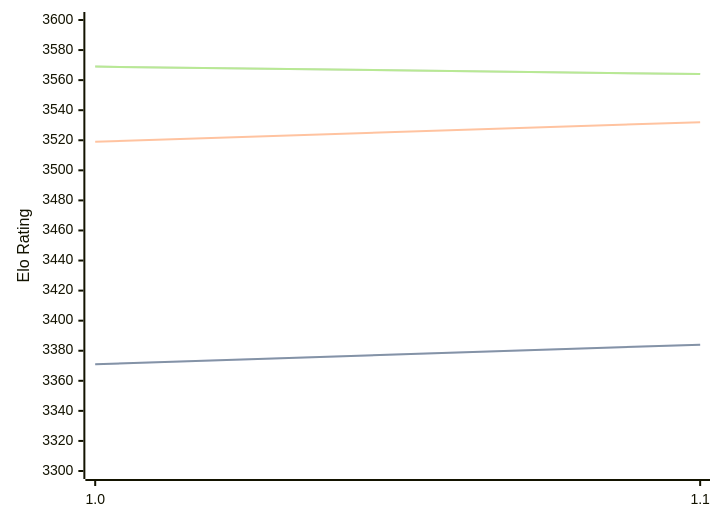
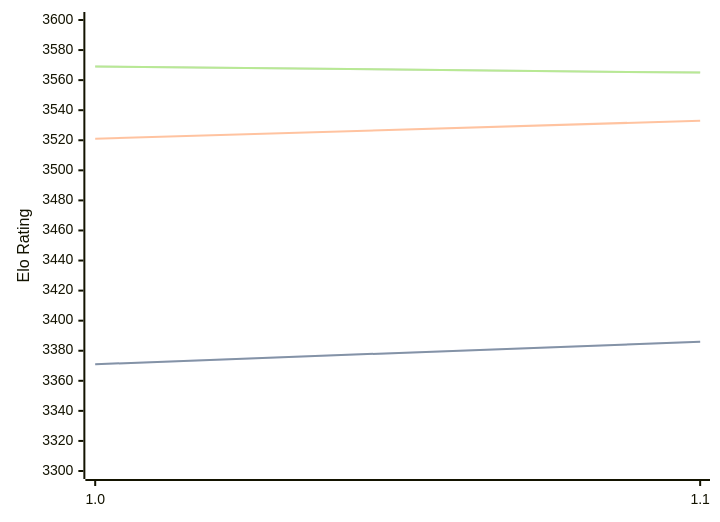
The diagram in engines/Horsie.md (computer-chess-index/cci), drawn with Mermaid before and after one commit. The commit also changed other lines of this file, not shown here.

Commit message:
Update CCI Ratings (ELO VLTC) - 2026-04-24

````diff
--- a/engines/Horsie.md
+++ b/engines/Horsie.md
@@ -32,11 +32,11 @@
 ```mermaid
 %%{init: {"theme":"base","themeVariables":{"seriesColors:['#a3a3a3','#222221','#faa371']}}}%%
 xychart-beta
   x-axis ["1.0", "1.1"]
   y-axis "Elo Rating" 3300 --> 3600
-  line "STC (8.0+0.08s)" [3371, 3384]
-  line "STC (8.0+0.08s)" [3371, 3384]
-  line "LTC (60.0+0.60s)" [3519, 3532]
-  line "VLTC (2m24s+1.12s)" [3569, 3564]
-  line "VLTC (2m24s+1.12s)" [3569, 3564]
+  line "STC (8.0+0.08s)" [3371, 3386]
+  line "STC (8.0+0.08s)" [3371, 3386]
+  line "LTC (60.0+0.60s)" [3521, 3533]
+  line "VLTC (2m24s+1.12s)" [3569, 3565]
+  line "VLTC (2m24s+1.12s)" [3569, 3565]
 ```
````
